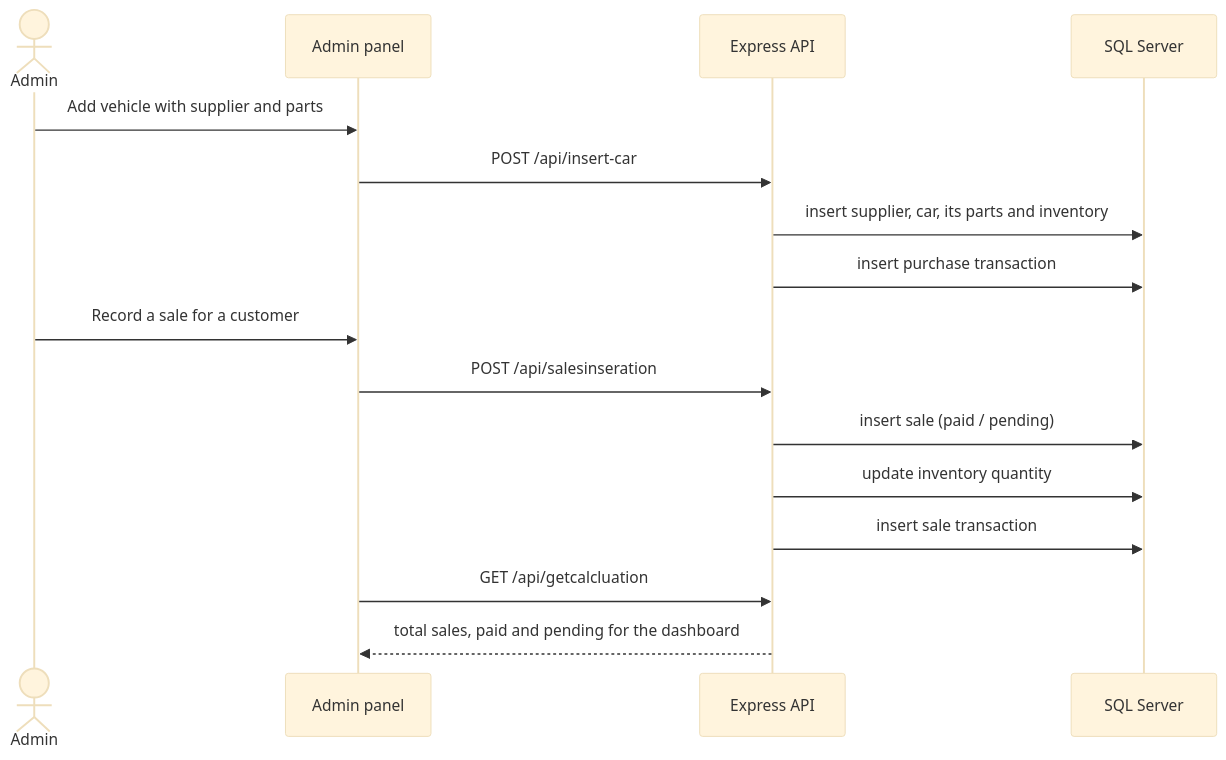
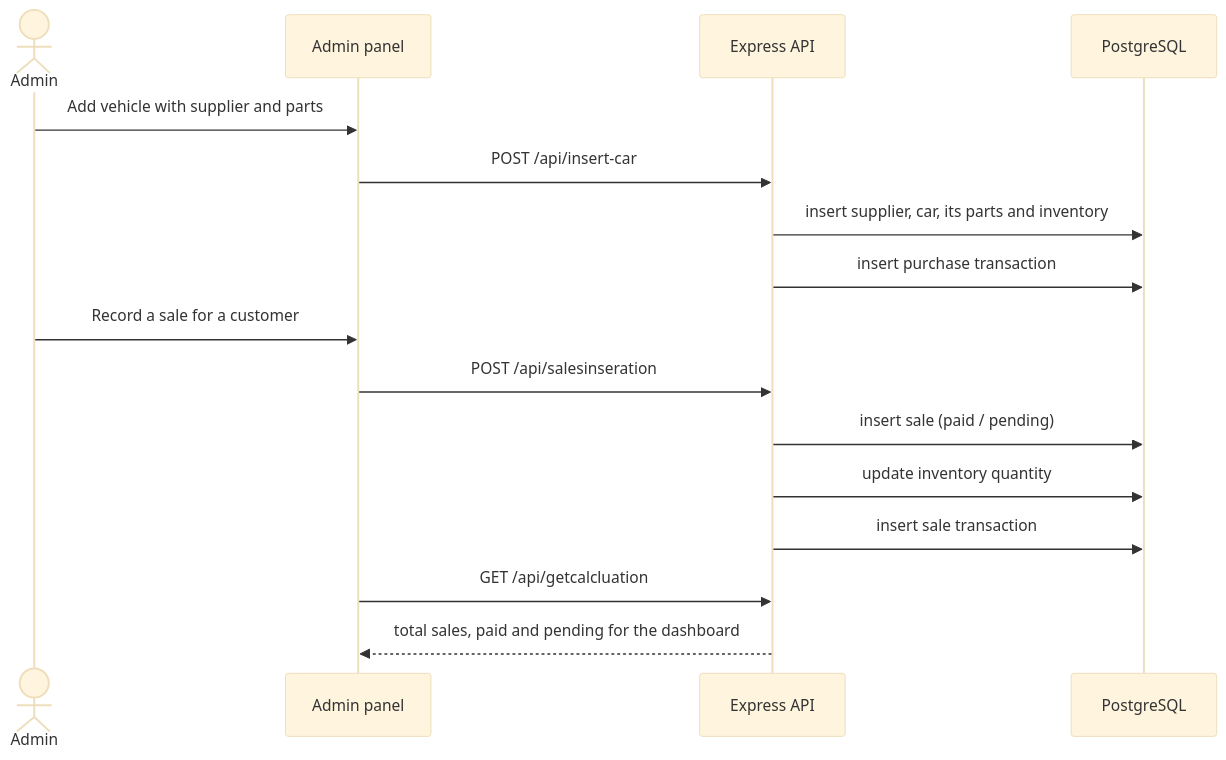
The diagram in docs/sale_flow.mmd (Rohullah1122/Rahmani-s-Group), drawn with Mermaid (base theme) before and after one commit. The commit also changed 8230 other files, not shown here.

First line of the commit message:
Add the React frontend, move to PostgreSQL and get ready for Vercel

```diff
--- a/docs/sale_flow.mmd
+++ b/docs/sale_flow.mmd
@@ -1,16 +1,16 @@
 sequenceDiagram
     actor A as Admin
     participant W as Admin panel
     participant S as Express API
-    participant D as SQL Server
+    participant D as PostgreSQL
     A->>W: Add vehicle with supplier and parts
     W->>S: POST /api/insert-car
     S->>D: insert supplier, car, its parts and inventory
     S->>D: insert purchase transaction
     A->>W: Record a sale for a customer
     W->>S: POST /api/salesinseration
     S->>D: insert sale (paid / pending)
     S->>D: update inventory quantity
     S->>D: insert sale transaction
     W->>S: GET /api/getcalcluation
     S-->>W: total sales, paid and pending for the dashboard
```
